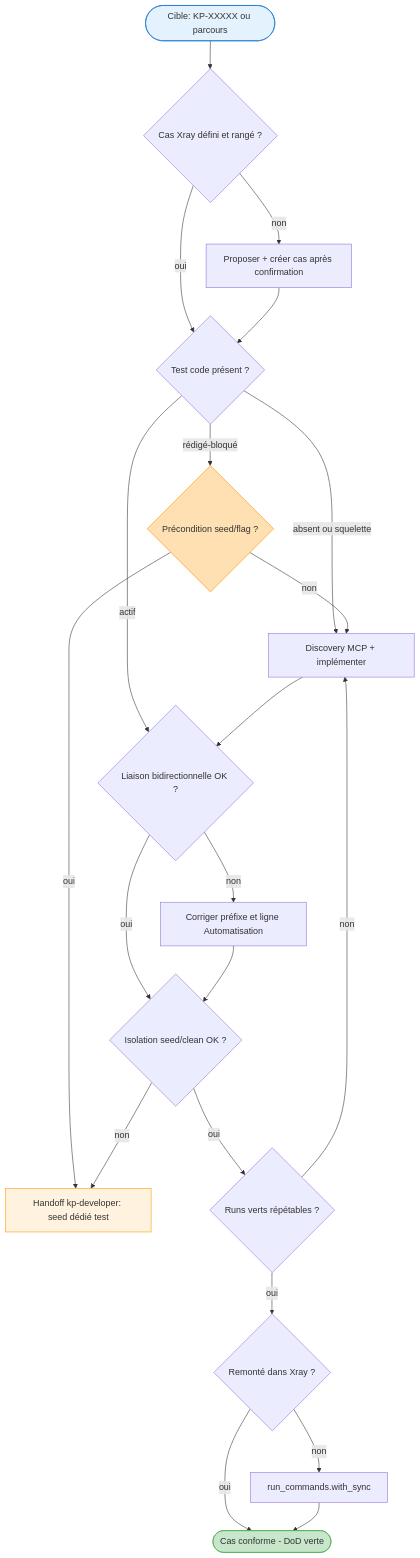
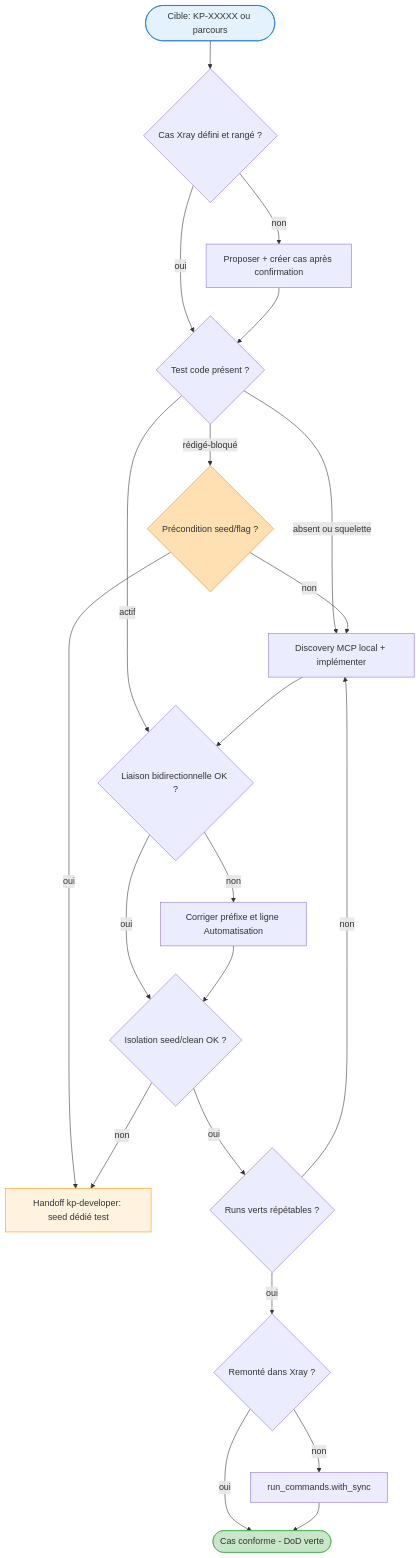
Before and after one commit to KeyProd/kp-agents: the diagram in docs/features/kp-test/architect.md, drawn with Mermaid. The commit also changed other lines of this file and 15 other files, not shown here.

````diff
--- a/docs/features/kp-test/architect.md
+++ b/docs/features/kp-test/architect.md
@@ -191,28 +193,28 @@
 ```mermaid
 flowchart TD
     START([Cible: KP-XXXXX ou parcours]) --> C1{Cas Xray défini et rangé ?}
     C1 -->|non| DESIGN[Proposer + créer cas après confirmation]
     C1 -->|oui| C2{Test code présent ?}
     DESIGN --> C2
-    C2 -->|absent ou squelette| IMPL[Discovery MCP + implémenter]
+    C2 -->|absent ou squelette| IMPL[Discovery MCP local + implémenter]
     C2 -->|rédigé-bloqué| BLK{Précondition seed/flag ?}
     BLK -->|oui| DEV[Handoff kp-developer: seed dédié test]
     BLK -->|non| IMPL
     C2 -->|actif| C3{Liaison bidirectionnelle OK ?}
     IMPL --> C3
     C3 -->|non| FIXLINK[Corriger préfixe et ligne Automatisation]
     C3 -->|oui| C4{Isolation seed/clean OK ?}
     FIXLINK --> C4
     C4 -->|non| DEV
     C4 -->|oui| C5{Runs verts répétables ?}
     C5 -->|non| IMPL
     C5 -->|oui| C6{Remonté dans Xray ?}
     C6 -->|non| SYNC[run_commands.with_sync]
     C6 -->|oui| DONE([Cas conforme - DoD verte])
     SYNC --> DONE
 
     style START fill:#e3f2fd,stroke:#1976D2
     style DONE fill:#c8e6c9,stroke:#4CAF50
     style DEV fill:#fff3e0,stroke:#FF9800
     style BLK fill:#ffe0b2,stroke:#FB8C00
 ```
````
